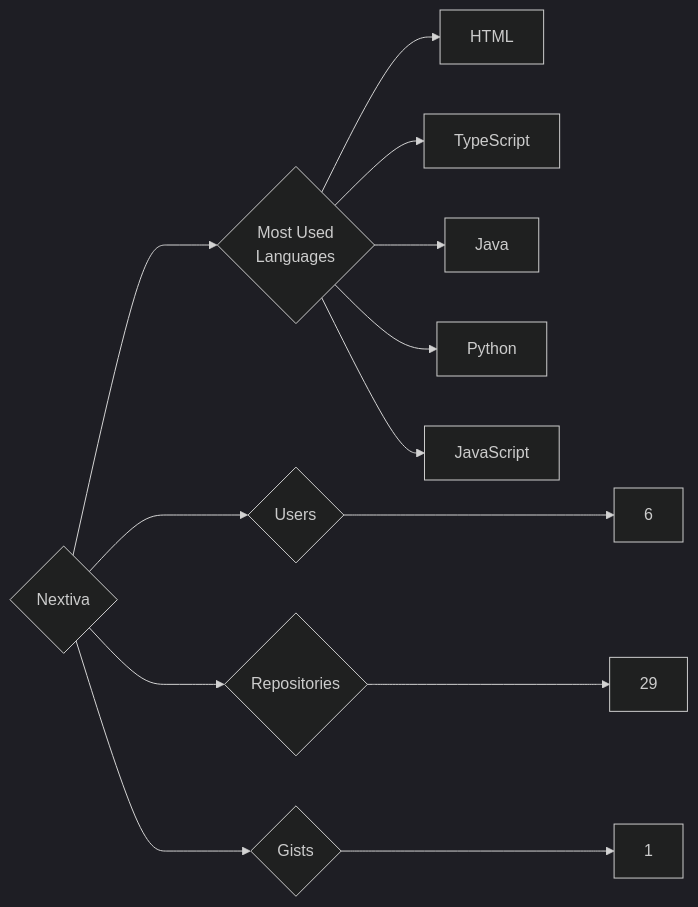
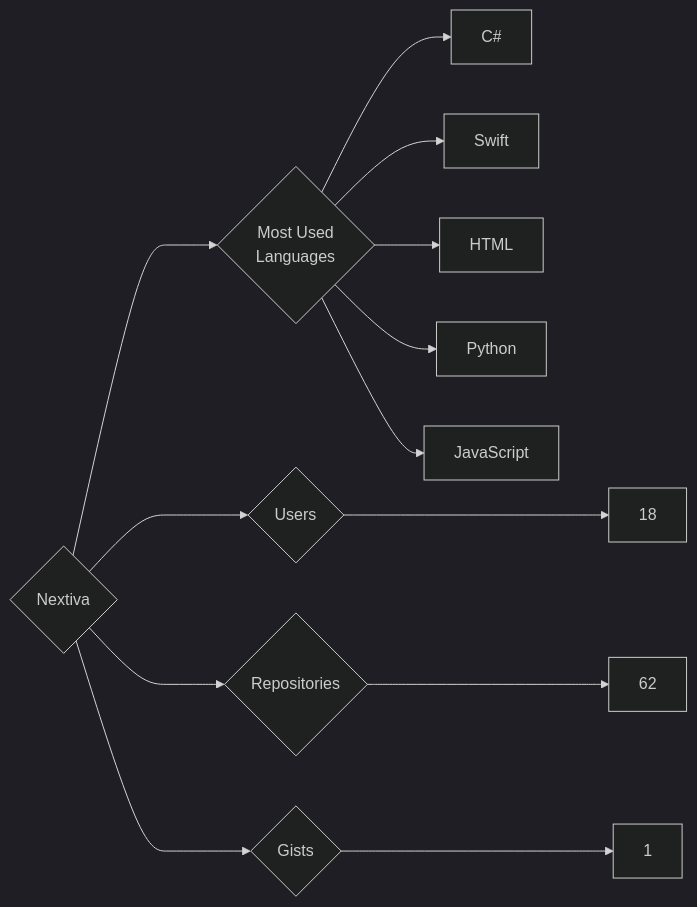
Before and after one commit to trickest/insiders: the diagram in targets/Nextiva/README.md, drawn with Mermaid (dark theme). The commit also changed 823 other files, not shown here.

````diff
--- a/targets/Nextiva/README.md
+++ b/targets/Nextiva/README.md
@@ -3,13 +3,13 @@
 ```mermaid
 graph LR
 COMPANY_NAME{Nextiva}
-COMPANY_NAME ---> U{Users} ---> UN[6]
-COMPANY_NAME ---> R{Repositories} ---> RN[29]
+COMPANY_NAME ---> U{Users} ---> UN[18]
+COMPANY_NAME ---> R{Repositories} ---> RN[62]
 COMPANY_NAME ---> G{Gists} ---> GN[1]
 COMPANY_NAME ---> ML{Most Used<br>Languages}
+ML --> C#[C#]
+ML --> Swift[Swift]
 ML --> HTML[HTML]
-ML --> TypeScript[TypeScript]
-ML --> Java[Java]
 ML --> Python[Python]
 ML --> JavaScript[JavaScript]
 ```
````
